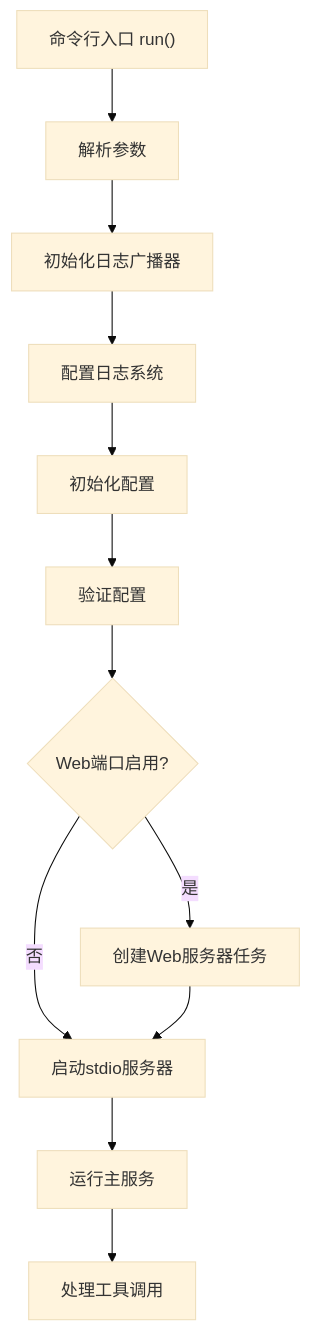
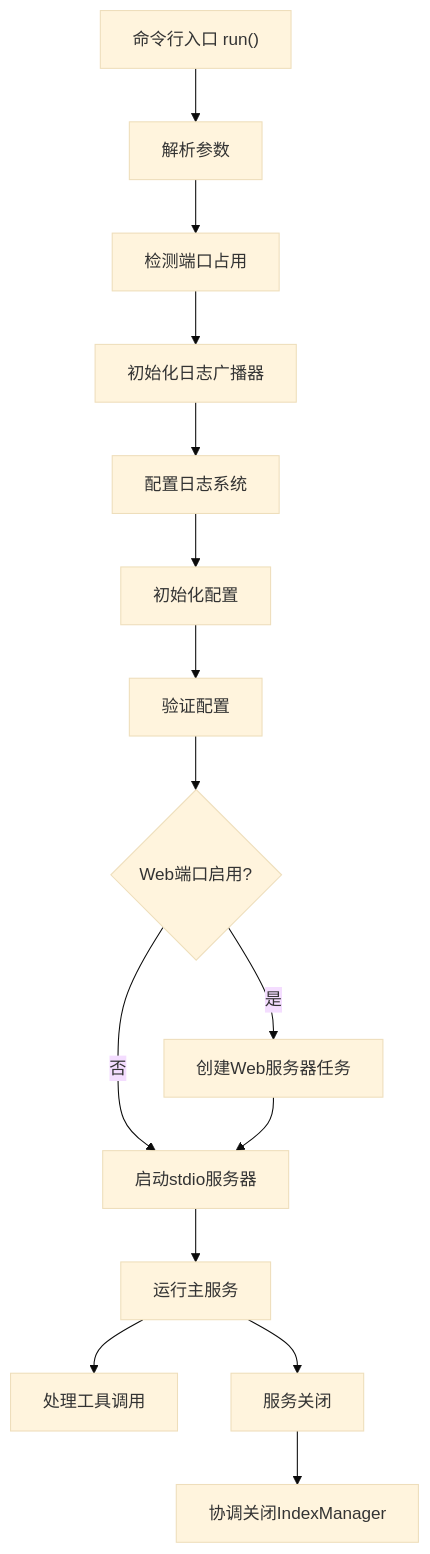
Before and after one commit to gittool/acemcp: the first of 5 diagrams in .qoder/repowiki/zh/content/核心架构与设计/服务启动流程.md, drawn with Mermaid (base theme). The commit also changed other lines of this file and 3 other files, not shown here.

````diff
--- a/.qoder/repowiki/zh/content/核心架构与设计/服务启动流程.md
+++ b/.qoder/repowiki/zh/content/核心架构与设计/服务启动流程.md
@@ -35,14 +45,17 @@
 ```mermaid
 graph TD
-    A["命令行入口 run()"] --> B["解析参数"]
-    B --> C["初始化日志广播器"]
-    C --> D["配置日志系统"]
-    D --> E["初始化配置"]
-    E --> F["验证配置"]
-    F --> G{"Web端口启用?"}
-    G --> |是| H["创建Web服务器任务"]
-    G --> |否| I["启动stdio服务器"]
-    H --> I
-    I --> J["运行主服务"]
-    J --> K["处理工具调用"]
+A["命令行入口 run()"] --> B["解析参数"]
+B --> C["检测端口占用"]
+C --> D["初始化日志广播器"]
+D --> E["配置日志系统"]
+E --> F["初始化配置"]
+F --> G["验证配置"]
+G --> H{"Web端口启用?"}
+H --> |是| I["创建Web服务器任务"]
+H --> |否| J["启动stdio服务器"]
+I --> J
+J --> K["运行主服务"]
+K --> L["处理工具调用"]
+K --> M["服务关闭"]
+M --> N["协调关闭IndexManager"]
 ```
````
